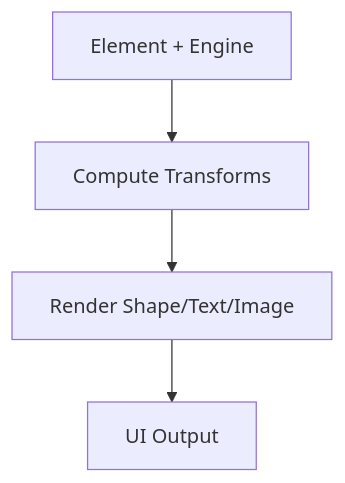
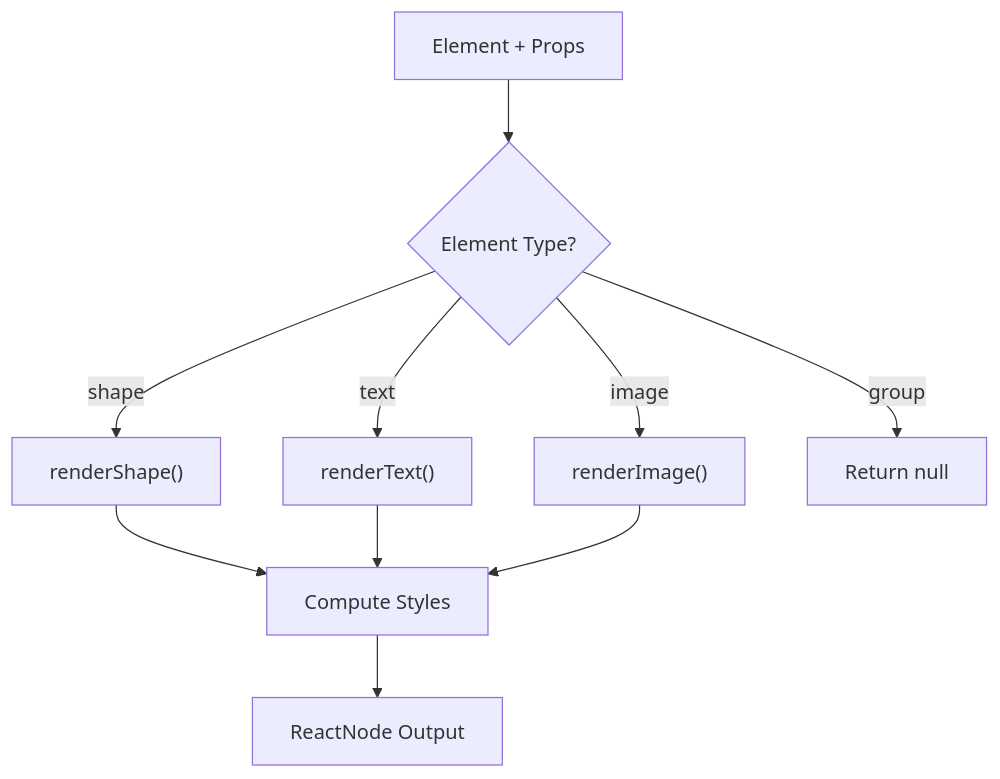
Before and after one commit to Anna0314zy/ai_editor_enginer: the eighth of 12 diagrams in .qoder/repowiki/en/content/Core Engine System/Core Engine System.md, drawn with Mermaid. The commit also changed other lines of this file and 41 other files, not shown here.

````diff
--- a/.qoder/repowiki/en/content/Core Engine System/Core Engine System.md
+++ b/.qoder/repowiki/en/content/Core Engine System/Core Engine System.md
@@ -315,6 +432,12 @@
 ```mermaid
 flowchart TD
-Input["Element + Engine"] --> Transform["Compute Transforms"]
-Transform --> Render["Render Shape/Text/Image"]
-Render --> Output["UI Output"]
+Input["Element + Props"] --> Switch{"Element Type?"}
+Switch --> |shape| Shape["renderShape()"]
+Switch --> |text| Text["renderText()"]
+Switch --> |image| Image["renderImage()"]
+Switch --> |group| Group["Return null"]
+Shape --> Style["Compute Styles"]
+Text --> Style
+Image --> Style
+Style --> Output["ReactNode Output"]
 ```
````
